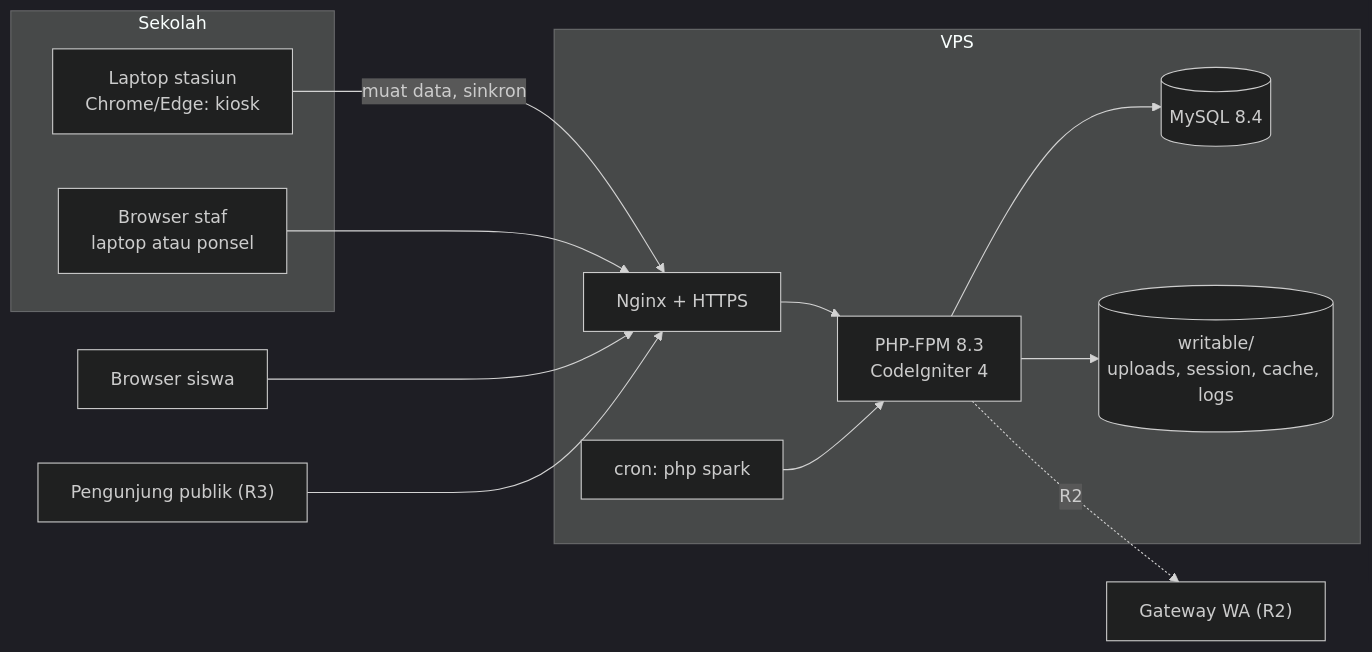
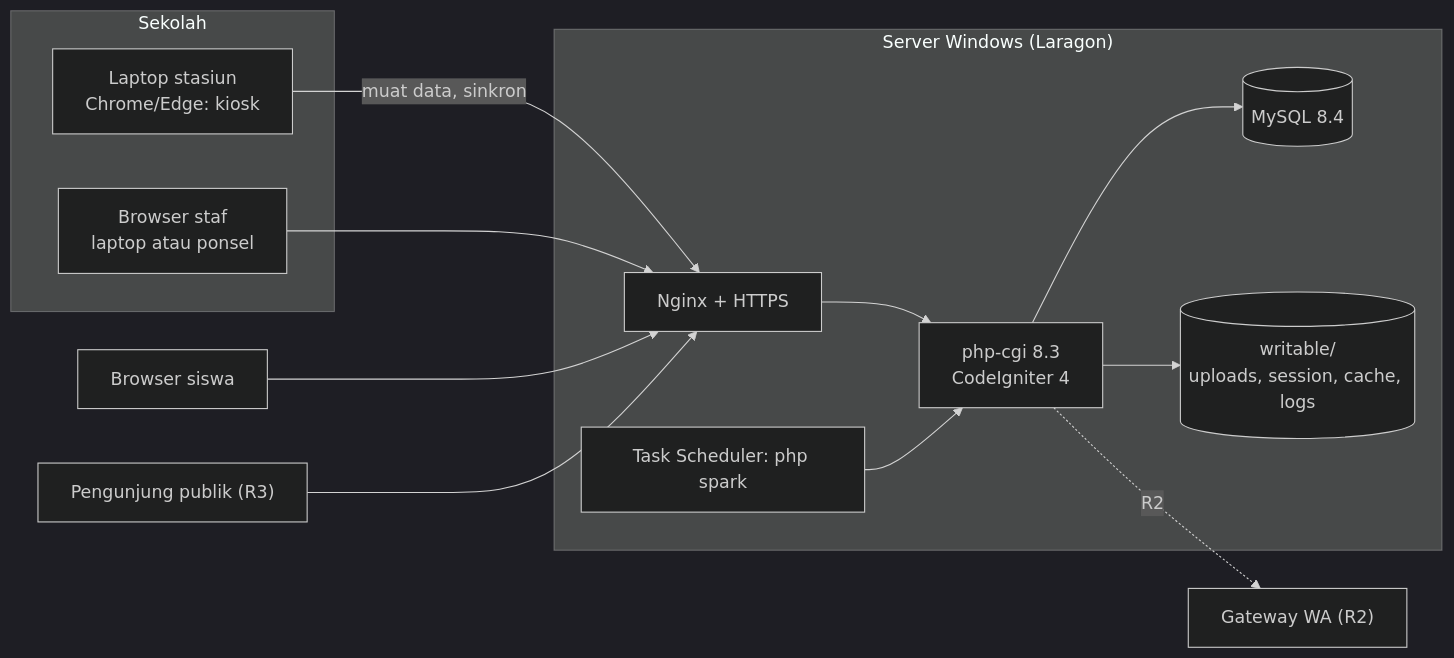
One commit to arumiforge/spensada changed the first of 2 diagrams in docs/07-system-architecture.md. Above: the diagram before and after it, drawn with Mermaid (dark theme). The commit also changed other lines of this file and 6 other files, not shown here.

First line of the commit message:
docs(server): move production to Windows with Laragon and Nginx

````diff
--- a/docs/07-system-architecture.md
+++ b/docs/07-system-architecture.md
@@ -132,26 +133,26 @@
 ```mermaid
 flowchart LR
     subgraph sekolah["Sekolah"]
         KIO["Laptop stasiun<br/>Chrome/Edge: kiosk"]
         STF["Browser staf<br/>laptop atau ponsel"]
     end
     SIS["Browser siswa"]
     PUB["Pengunjung publik (R3)"]
-    subgraph vps["VPS"]
+    subgraph srv["Server Windows (Laragon)"]
         NGX["Nginx + HTTPS"]
-        APP["PHP-FPM 8.3<br/>CodeIgniter 4"]
+        APP["php-cgi 8.3<br/>CodeIgniter 4"]
         DB[("MySQL 8.4")]
         WR[("writable/<br/>uploads, session, cache, logs")]
-        CRON["cron: php spark"]
+        CRON["Task Scheduler: php spark"]
     end
     WA["Gateway WA (R2)"]
     KIO -- "muat data, sinkron" --> NGX
     STF --> NGX
     SIS --> NGX
     PUB --> NGX
     NGX --> APP
     APP --> DB
     APP --> WR
     CRON --> APP
     APP -. "R2" .-> WA
 ```
````
